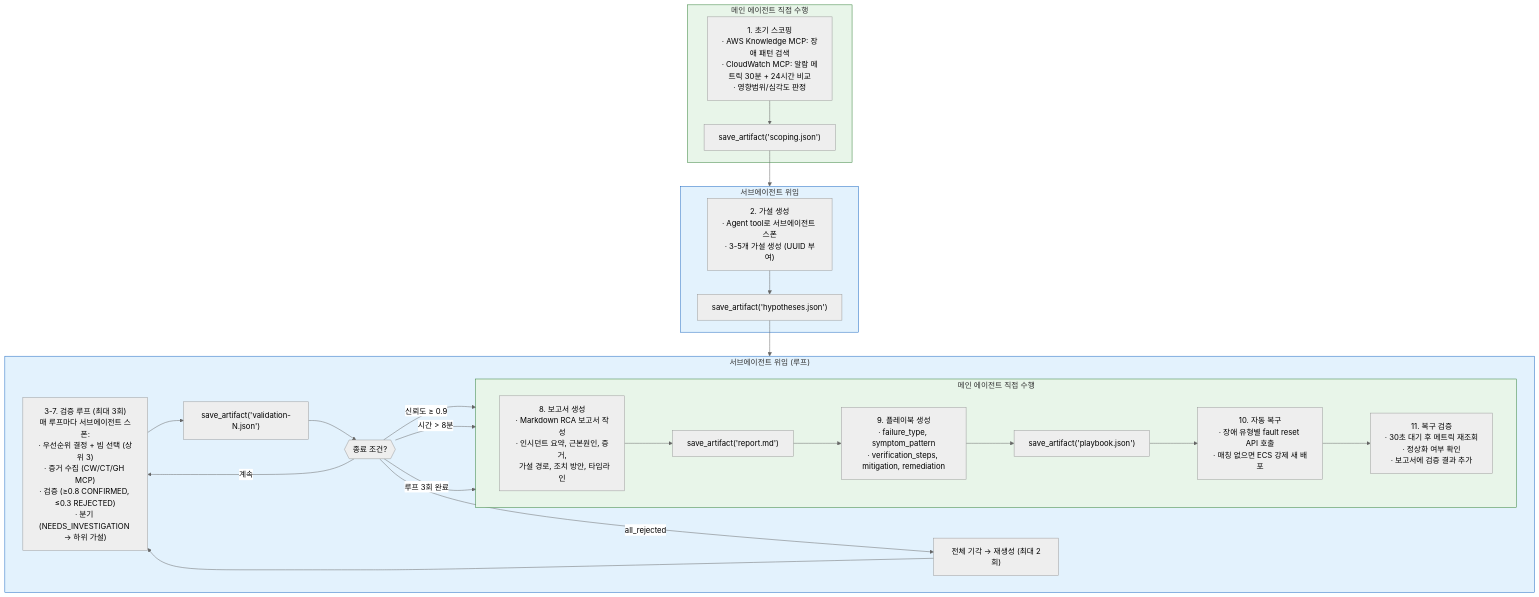
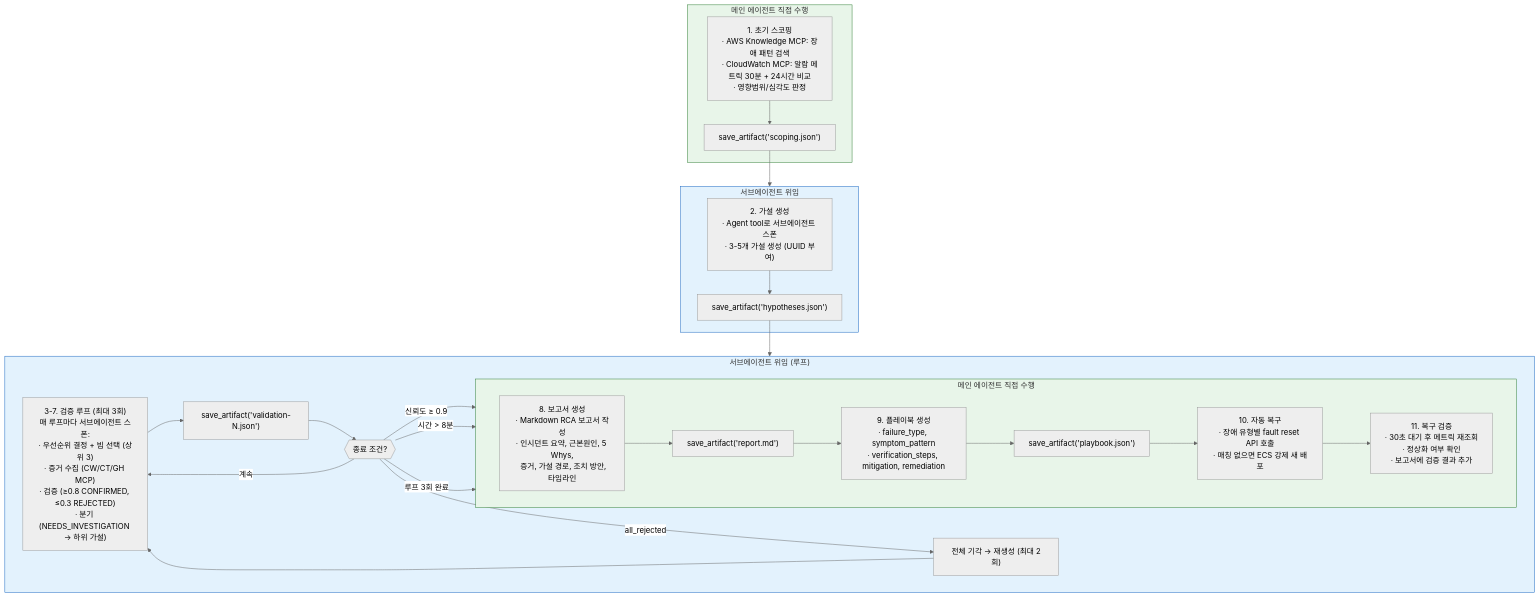
One commit to haandol/rca-agent changed the sixth of 7 diagrams in docs/architecture-and-demo-flow.md. Above: the diagram before and after it, drawn with Mermaid (neutral theme). The commit also changed 12 other files, not shown here.

````diff
--- a/docs/architecture-and-demo-flow.md
+++ b/docs/architecture-and-demo-flow.md
@@ -383,46 +383,46 @@
 ```mermaid
 flowchart TD
     subgraph Direct1["메인 에이전트 직접 수행"]
         S1["1. 초기 스코핑<br/>· AWS Knowledge MCP: 장애 패턴 검색<br/>· CloudWatch MCP: 알람 메트릭 30분 + 24시간 비교<br/>· 영향범위/심각도 판정"]
         S1_OUT["save_artifact('scoping.json')"]
         S1 --> S1_OUT
     end
 
     subgraph SubAgent1["서브에이전트 위임"]
         S2["2. 가설 생성<br/>· Agent tool로 서브에이전트 스폰<br/>· 3-5개 가설 생성 (UUID 부여)"]
         S2_OUT["save_artifact('hypotheses.json')"]
         S2 --> S2_OUT
     end
 
     subgraph SubAgent2["서브에이전트 위임 (루프)"]
         S37["3-7. 검증 루프 (최대 3회)<br/>매 루프마다 서브에이전트 스폰:<br/>· 우선순위 결정 + 빔 선택 (상위 3)<br/>· 증거 수집 (CW/CT/GH MCP)<br/>· 검증 (≥0.8 CONFIRMED, ≤0.3 REJECTED)<br/>· 분기 (NEEDS_INVESTIGATION → 하위 가설)"]
         S37_OUT["save_artifact('validation-N.json')"]
         S37_TERM{{"종료 조건?"}}
         S37_REGEN["전체 기각 → 재생성 (최대 2회)"]
         S37 --> S37_OUT --> S37_TERM
         S37_TERM -->|신뢰도 ≥ 0.9| Direct2
         S37_TERM -->|시간 > 8분| Direct2
         S37_TERM -->|루프 3회 완료| Direct2
         S37_TERM -->|all_rejected| S37_REGEN
         S37_REGEN --> S37
         S37_TERM -->|계속| S37
     end
 
     subgraph Direct2["메인 에이전트 직접 수행"]
-        S8["8. 보고서 생성<br/>· Markdown RCA 보고서 작성<br/>· 인시던트 요약, 근본원인, 증거,<br/>  가설 경로, 조치 방안, 타임라인"]
+        S8["8. 보고서 생성<br/>· Markdown RCA 보고서 작성<br/>· 인시던트 요약, 근본원인, 5 Whys,<br/>  증거, 가설 경로, 조치 방안, 타임라인"]
         S8_OUT["save_artifact('report.md')"]
         S9["9. 플레이북 생성<br/>· failure_type, symptom_pattern<br/>· verification_steps, mitigation, remediation"]
         S9_OUT["save_artifact('playbook.json')"]
         S10["10. 자동 복구<br/>· 장애 유형별 fault reset API 호출<br/>· 매칭 없으면 ECS 강제 새 배포"]
         S11["11. 복구 검증<br/>· 30초 대기 후 메트릭 재조회<br/>· 정상화 여부 확인<br/>· 보고서에 검증 결과 추가"]
         S8 --> S8_OUT --> S9 --> S9_OUT --> S10 --> S11
     end
 
     S1_OUT --> SubAgent1
     S2_OUT --> SubAgent2
 
     style Direct1 fill:#e8f5e9,stroke:#2e7d32
     style SubAgent1 fill:#e3f2fd,stroke:#1565c0
     style SubAgent2 fill:#e3f2fd,stroke:#1565c0
     style Direct2 fill:#e8f5e9,stroke:#2e7d32
 ```
````
